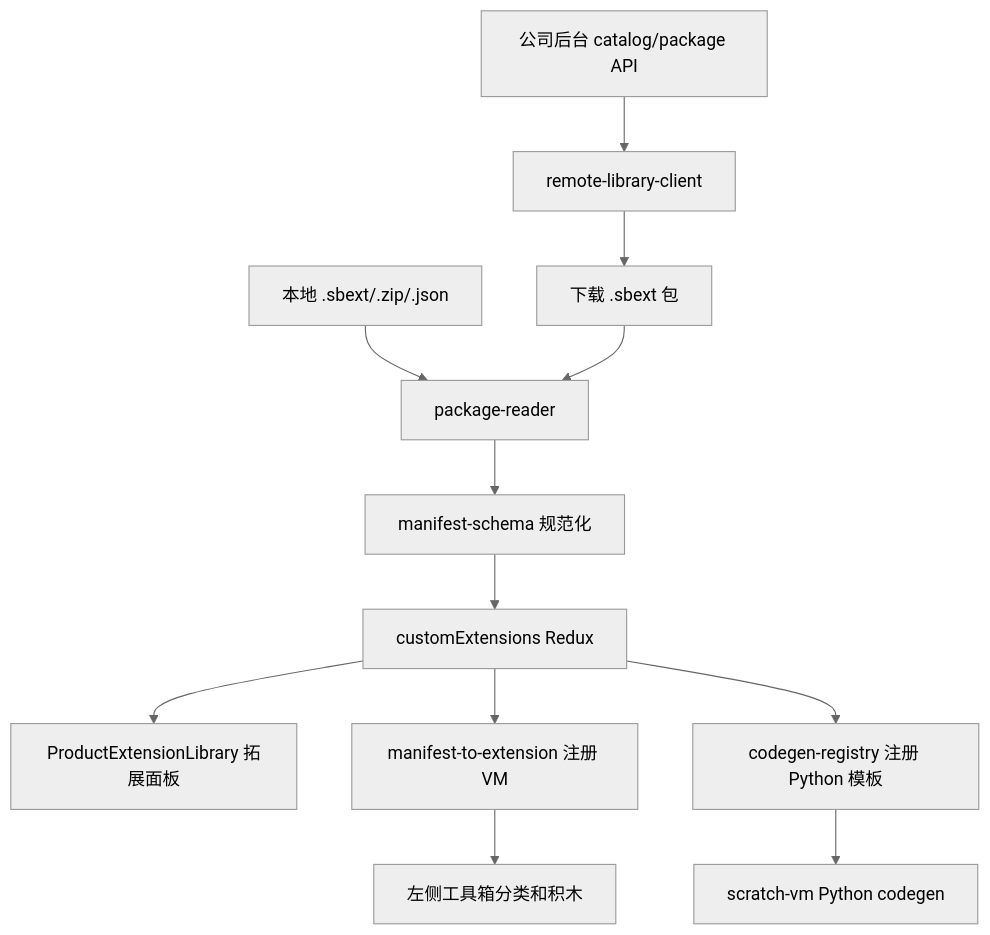
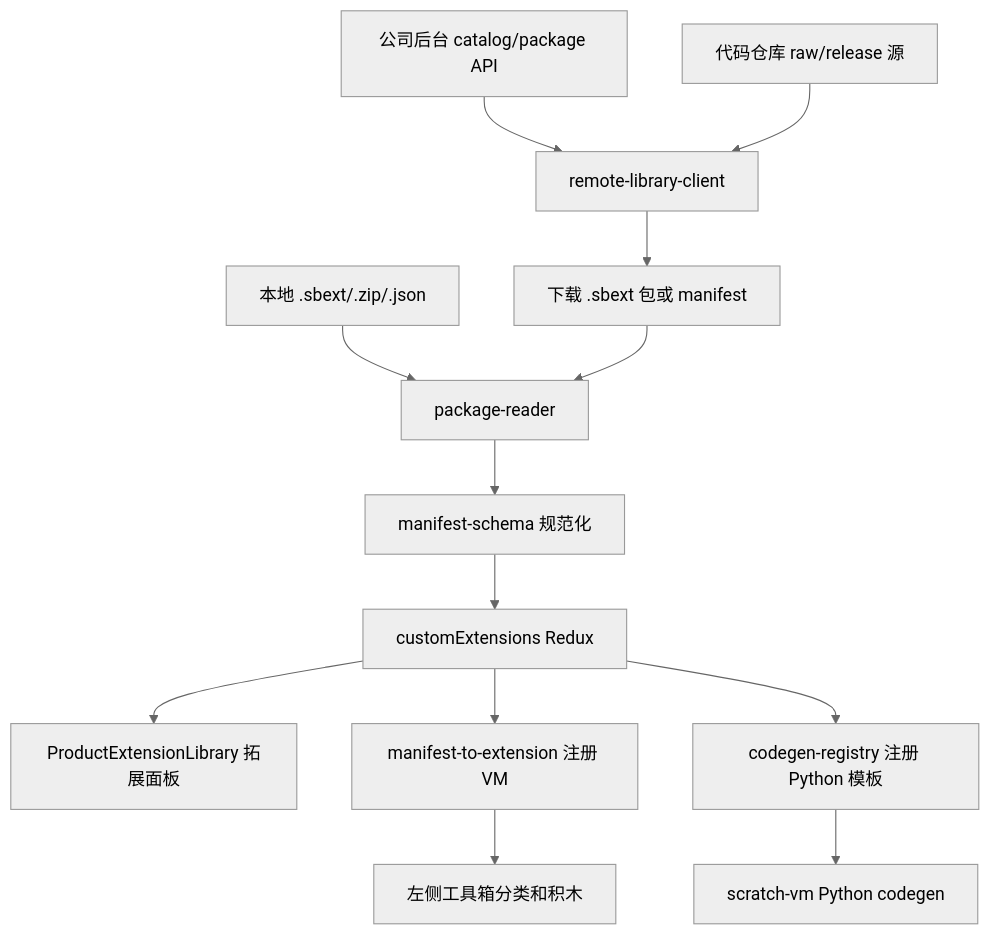
Before and after one commit to heyanjun963/scratch-d: the diagram in dosc/plans/extension-library/09-makecode-like-cloud-extension-registry-plan.md, drawn with Mermaid (neutral theme). The commit also changed other lines of this file and 4 other files, not shown here.

````diff
--- a/dosc/plans/extension-library/09-makecode-like-cloud-extension-registry-plan.md
+++ b/dosc/plans/extension-library/09-makecode-like-cloud-extension-registry-plan.md
@@ -89,14 +90,15 @@
 ```mermaid
 flowchart TD
     A["本地 .sbext/.zip/.json"] --> C["package-reader"]
     B["公司后台 catalog/package API"] --> D["remote-library-client"]
-    D --> E["下载 .sbext 包"]
+    R["代码仓库 raw/release 源"] --> D
+    D --> E["下载 .sbext 包或 manifest"]
     E --> C
     C --> F["manifest-schema 规范化"]
     F --> G["customExtensions Redux"]
     G --> H["ProductExtensionLibrary 拓展面板"]
     G --> I["manifest-to-extension 注册 VM"]
     G --> J["codegen-registry 注册 Python 模板"]
     I --> K["左侧工具箱分类和积木"]
     J --> L["scratch-vm Python codegen"]
 ```
````
